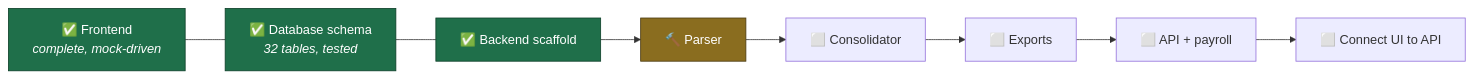
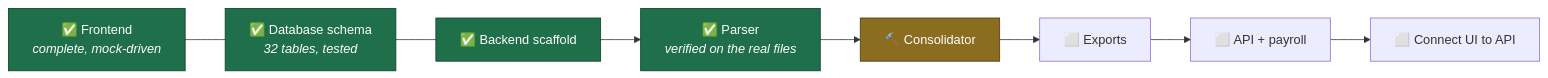
One commit to Ben-Sicat/fundpro changed the ninth of 9 diagrams in docs/HOW_IT_WORKS.md. Above: the diagram before and after it, drawn with Mermaid. The commit also changed other lines of this file and 2 other files, not shown here.

Commit message:
Add md2pdf script; correct two stale facts in the flow doc
The docs are mostly mermaid diagrams, which pandoc cannot draw, so the script
inlines a cached mermaid bundle into a print stylesheet and drives headless
Chrome. Diagram sizing is the fiddly part: mermaid stamps its own width/height
on each svg, which rendered one diagram illegibly small and made another spill
across three pages, so those are stripped and the sizing comes from the
viewBox instead.

Flow doc corrections, both found by reading the generated PDF:
- masked PAN example still showed the X form; the real files use asterisks
- the build-status diagram still listed the parser as in progress

````diff
--- a/docs/HOW_IT_WORKS.md
+++ b/docs/HOW_IT_WORKS.md
@@ -312,18 +313,19 @@
 ```mermaid
 flowchart LR
     F["✅ Frontend<br/><i>complete, mock-driven</i>"]
     S["✅ Database schema<br/><i>32 tables, tested</i>"]
     P0["✅ Backend scaffold"]
-    P1["🔨 Parser"]
-    P2["⬜ Consolidator"]
+    P1["✅ Parser<br/><i>verified on the real files</i>"]
+    P2["🔨 Consolidator"]
     P3["⬜ Exports"]
     P4["⬜ API + payroll"]
     P5["⬜ Connect UI to API"]
 
     F --- S --- P0 --> P1 --> P2 --> P3 --> P4 --> P5
 
     style F fill:#1f6f4a,stroke:#0d3f28,color:#fff
     style S fill:#1f6f4a,stroke:#0d3f28,color:#fff
     style P0 fill:#1f6f4a,stroke:#0d3f28,color:#fff
-    style P1 fill:#8a6d1f,stroke:#4a3a10,color:#fff
+    style P1 fill:#1f6f4a,stroke:#0d3f28,color:#fff
+    style P2 fill:#8a6d1f,stroke:#4a3a10,color:#fff
 ```
````
